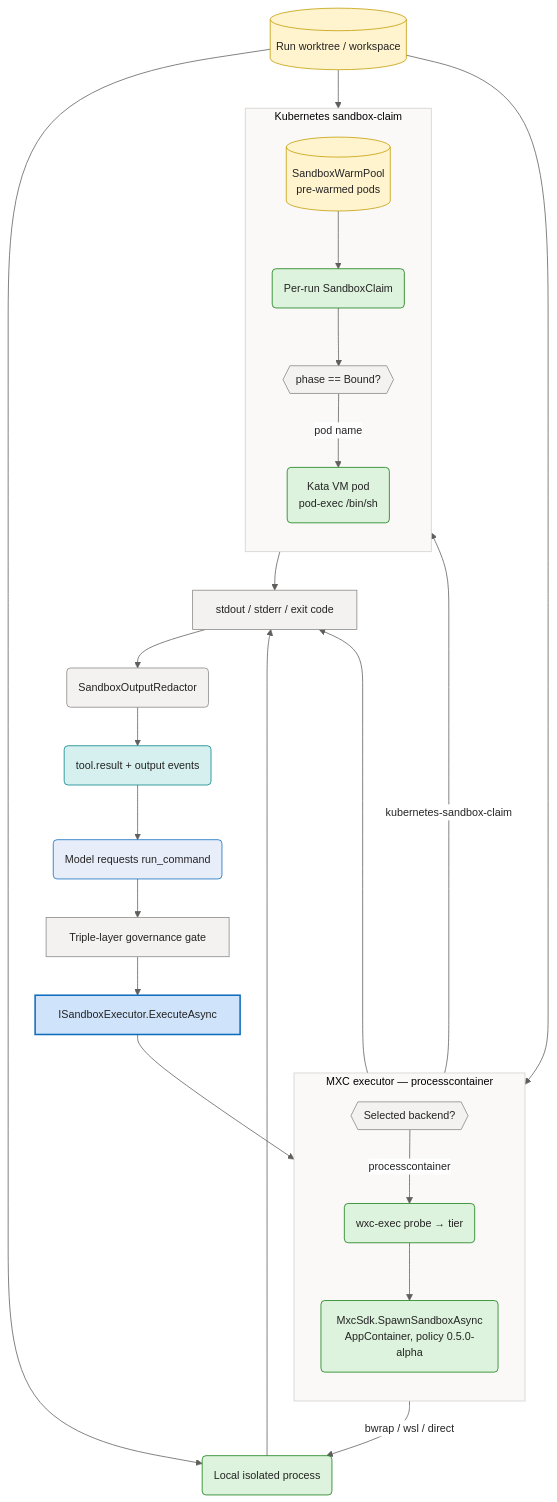
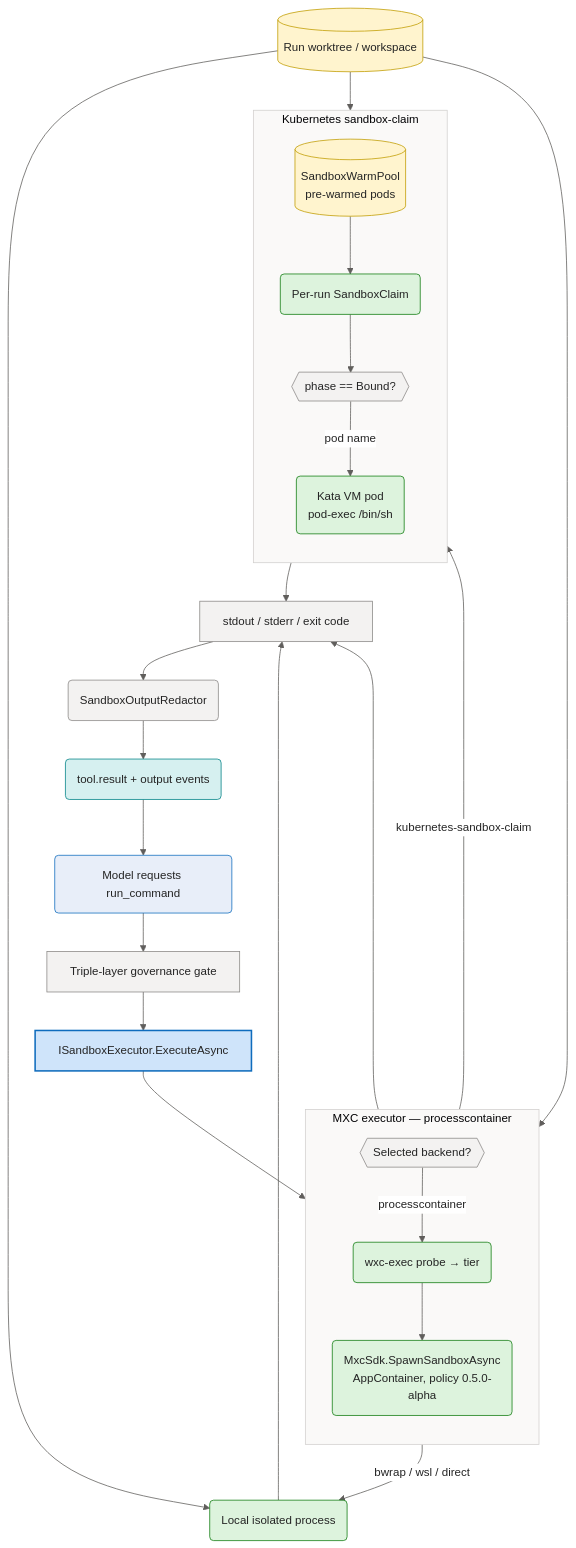
The diagram in docs/deep-dive/sandboxed-execution.md (sabbour/agentweaver), drawn with Mermaid before and after one commit. The commit also changed 18 other files, not shown here.

First line of the commit message:
docs: fix Mermaid legibility and dark-mode rendering

````diff
--- a/docs/deep-dive/sandboxed-execution.md
+++ b/docs/deep-dive/sandboxed-execution.md
@@ -15,45 +15,45 @@
 ```mermaid
-%%{init: {'theme':'base','themeVariables':{'fontFamily':'Segoe UI, system-ui, -apple-system, sans-serif','fontSize':'14px','primaryColor':'#E8EEF9','primaryBorderColor':'#0F6CBD','primaryTextColor':'#242424','lineColor':'#605E5C','clusterBkg':'#FAF9F8','clusterBorder':'#D2D0CE','edgeLabelBackground':'#FFFFFF'}}}%%
+%%{init: {'theme':'base','themeVariables':{'fontFamily':'Segoe UI, system-ui, -apple-system, sans-serif','fontSize':'15px','primaryColor':'#E8EEF9','primaryBorderColor':'#0F6CBD','primaryTextColor':'#242424','lineColor':'#605E5C','clusterBkg':'#FAF9F8','clusterBorder':'#D2D0CE','edgeLabelBackground':'#FFFFFF'}}}%%
 flowchart TB
   Model("Model requests run_command"):::client
   Gov["Triple-layer governance gate"]:::svc
   Exec["ISandboxExecutor.ExecuteAsync"]:::core
   Model --> Gov --> Exec
   Exec --> Branch{{"Selected backend?"}}:::svc
   Work[("Run worktree / workspace")]:::data
 
   subgraph mxc["MXC executor — processcontainer"]
     direction TB
     Branch -->|"processcontainer"| Wxc("wxc-exec probe → tier"):::runtime
     Wxc --> Spawn("MxcSdk.SpawnSandboxAsync<br/>AppContainer, policy 0.5.0-alpha"):::runtime
   end
 
   subgraph k8s["Kubernetes sandbox-claim"]
     direction TB
     Branch -->|"kubernetes-sandbox-claim"| Pool[("SandboxWarmPool<br/>pre-warmed pods")]:::data
     Pool --> Claim("Per-run SandboxClaim"):::runtime
     Claim --> Bound{{"phase == Bound?"}}:::svc
     Bound -->|"pod name"| Kata("Kata VM pod<br/>pod-exec /bin/sh"):::runtime
   end
 
   Branch -->|"bwrap / wsl / direct"| Local("Local isolated process"):::runtime
 
   Work --> Spawn
   Work --> Kata
   Work --> Local
 
   Spawn --> Out["stdout / stderr / exit code"]:::svc
   Kata --> Out
   Local --> Out
   Out --> Redact("SandboxOutputRedactor"):::svc
   Redact --> Events("tool.result + output events"):::evt
   Events --> Model
 
   classDef client fill:#E8EEF9,stroke:#0F6CBD,stroke-width:1px,color:#242424;
   classDef svc fill:#F3F2F1,stroke:#8A8886,stroke-width:1px,color:#242424;
   classDef core fill:#CFE4FA,stroke:#0F6CBD,stroke-width:2px,color:#242424;
   classDef data fill:#FFF4CE,stroke:#C19C00,stroke-width:1px,color:#242424;
   classDef ext fill:#F0E8F8,stroke:#8764B8,stroke-width:1px,color:#242424;
   classDef runtime fill:#DDF3DD,stroke:#107C10,stroke-width:1px,color:#242424;
   classDef evt fill:#D6F0F0,stroke:#038387,stroke-width:1px,color:#242424;
 ```
````
